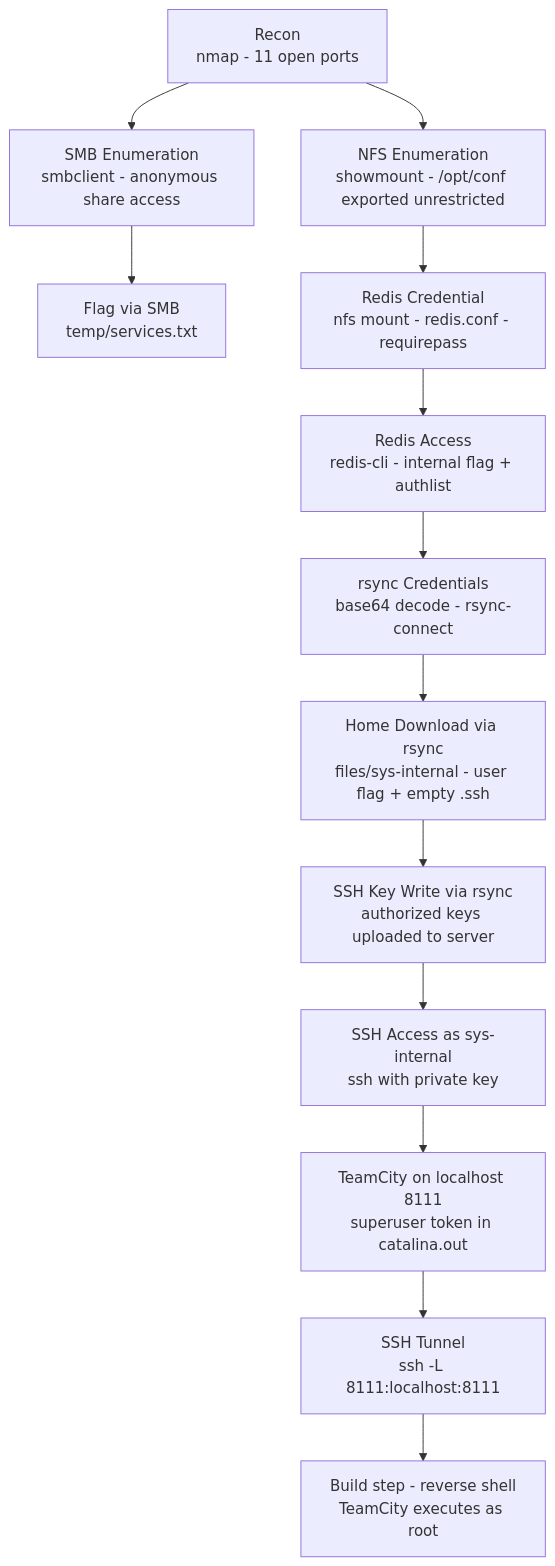
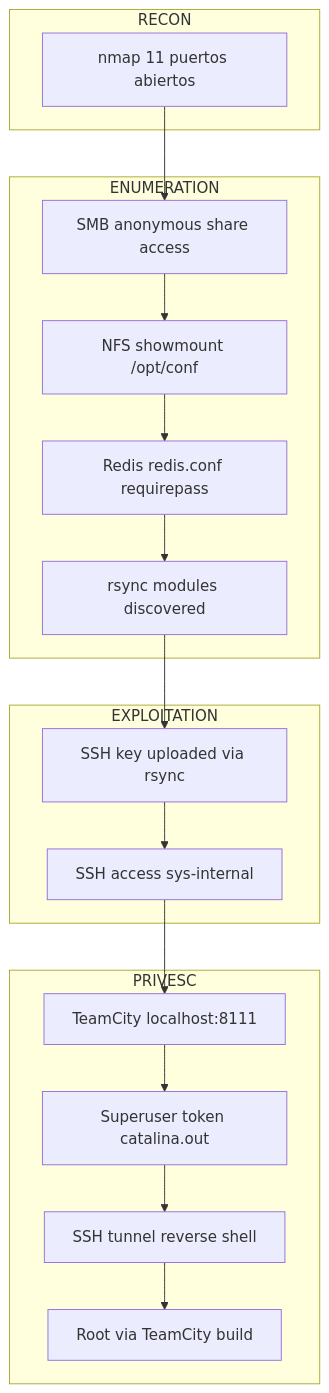
The diagram in VulnNetInternal.md (renekerr/lab-notes), drawn with Mermaid before and after one commit. The commit also changed 4 other files, not shown here.

Commit message:
Improve Attack Chain diagrams: convert to subgraph format grouped by phase (RECON-ENUMERATION-EXPLOITATION-PRIVESC-POST-EXPLOITATION) for all lab notes writeups

````diff
--- a/VulnNetInternal.md
+++ b/VulnNetInternal.md
@@ -286,15 +286,26 @@
 ```mermaid
 graph TD
-    A["Recon\nnmap - 11 open ports"] --> B["SMB Enumeration\nsmbclient - anonymous share access"]
-    B --> C["Flag via SMB\ntemp/services.txt"]
-    A --> D["NFS Enumeration\nshowmount - /opt/conf exported unrestricted"]
-    D --> E["Redis Credential\nnfs mount - redis.conf - requirepass"]
-    E --> F["Redis Access\nredis-cli - internal flag + authlist"]
-    F --> G["rsync Credentials\nbase64 decode - rsync-connect"]
-    G --> H["Home Download via rsync\nfiles/sys-internal - user flag + empty .ssh"]
-    H --> I["SSH Key Write via rsync\nauthorized keys uploaded to server"]
-    I --> J["SSH Access as sys-internal\nssh with private key"]
-    J --> K["TeamCity on localhost 8111\nsuperuser token in catalina.out"]
-    K --> L["SSH Tunnel\nssh -L 8111:localhost:8111"]
-    L --> M["Build step - reverse shell\nTeamCity executes as root"]
+ subgraph RECON["RECON"]
+  A["nmap 11 puertos abiertos"]
+ end
+ 
+ subgraph ENUM["ENUMERATION"]
+  B["SMB anonymous share access"] --> C["NFS showmount /opt/conf"]
+  D["Redis redis.conf requirepass"] --> E["rsync modules discovered"]
+ end
+ 
+ subgraph EXPL["EXPLOITATION"]
+  F["SSH key uploaded via rsync"] --> G["SSH access sys-internal"]
+ end
+ 
+ subgraph PRIVESC["PRIVESC"]
+  H["TeamCity localhost:8111"] --> I["Superuser token catalina.out"]
+  I --> J["SSH tunnel reverse shell"]
+  J --> K["Root via TeamCity build"]
+ end
+ 
+ A --> B
+ C --> D
+ E --> F
+ G --> H
 ```
````
